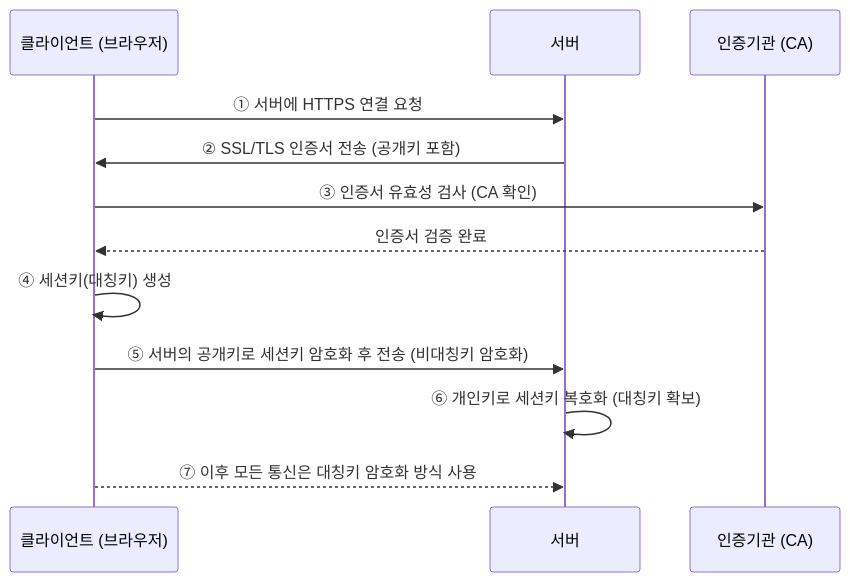
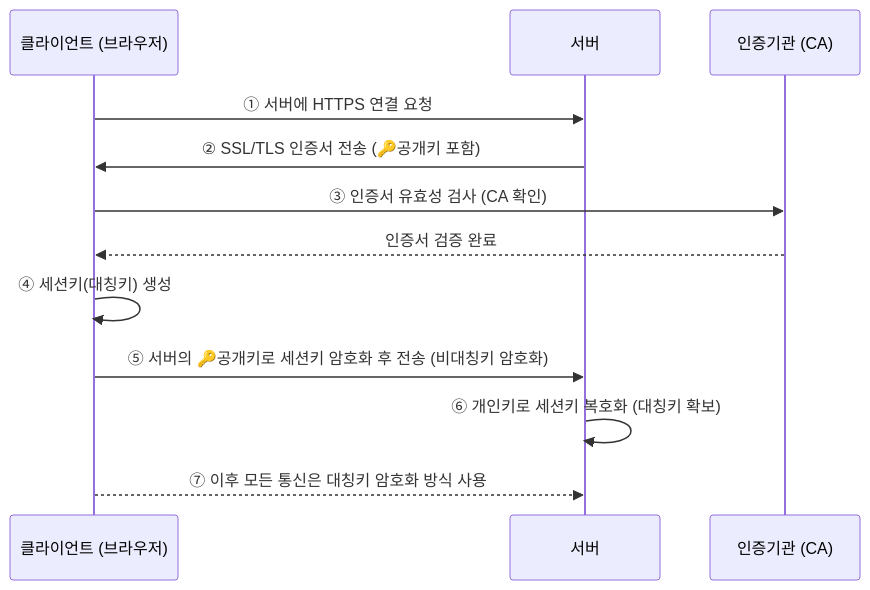
One commit to jiheon788/core-tech-vault changed the second of 2 diagrams in CS/HTTP vs HTTPS.md. Above: the diagram before and after it, drawn with Mermaid. The commit also changed other lines of this file and 10 other files, not shown here.

````diff
--- a/CS/HTTP vs HTTPS.md
+++ b/CS/HTTP vs HTTPS.md
@@ -25,16 +43,16 @@
 ```mermaid
 sequenceDiagram
     participant Client as 클라이언트 (브라우저)
     participant Server as 서버
     participant CA as 인증기관 (CA)
     
     Client->>Server: ① 서버에 HTTPS 연결 요청
-    Server->>Client: ② SSL/TLS 인증서 전송 (공개키 포함)
+    Server->>Client: ② SSL/TLS 인증서 전송 (🔑공개키 포함)
     Client->>CA: ③ 인증서 유효성 검사 (CA 확인)
     CA-->>Client: 인증서 검증 완료
     Client->>Client: ④ 세션키(대칭키) 생성
-    Client->>Server: ⑤ 서버의 공개키로 세션키 암호화 후 전송 (비대칭키 암호화)
+    Client->>Server: ⑤ 서버의 🔑공개키로 세션키 암호화 후 전송 (비대칭키 암호화)
     Server->>Server: ⑥ 개인키로 세션키 복호화 (대칭키 확보)
     Client-->>Server: ⑦ 이후 모든 통신은 대칭키 암호화 방식 사용
 
 ```
````
